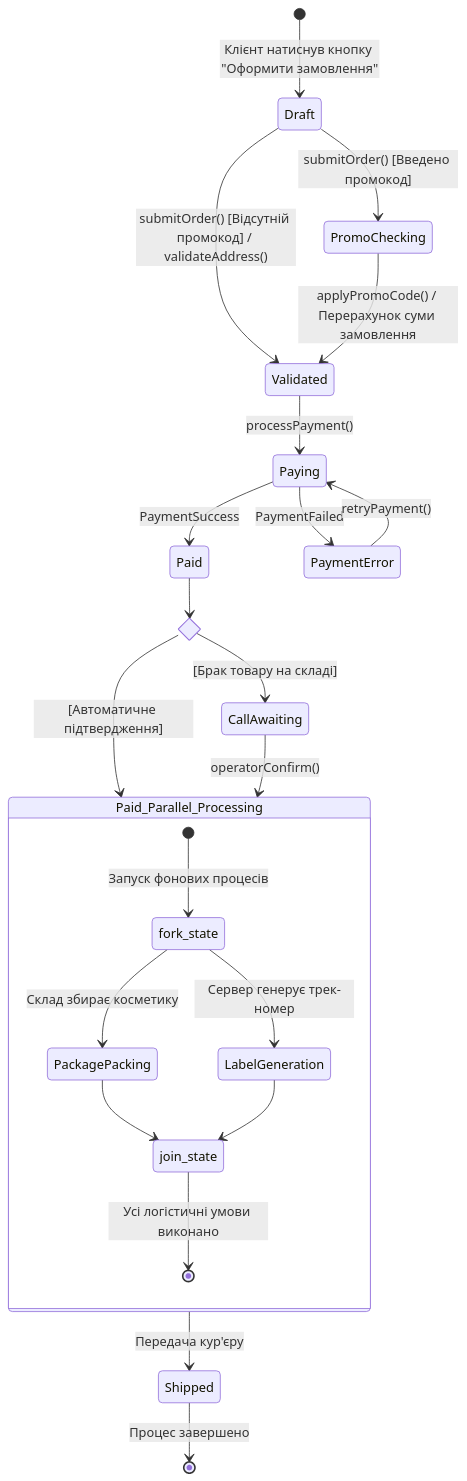
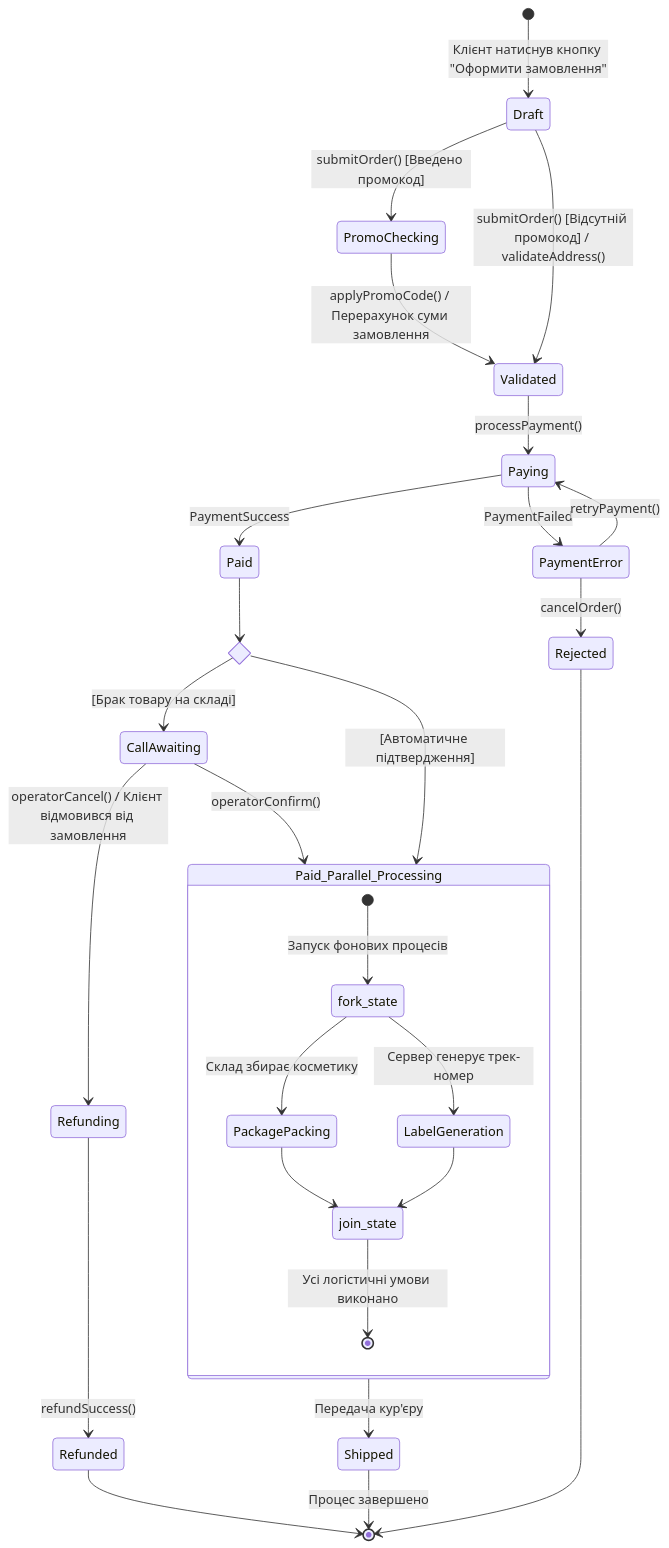
One commit to sofiisunn/KPI changed the diagram in machine.md. Above: the diagram before and after it, drawn with Mermaid.

Commit message:
Enhance state machine with payment error handling
Added states and transitions for payment errors and refunds.

````diff
--- a/machine.md
+++ b/machine.md
@@ -1,37 +1,44 @@
 ```mermaid
 stateDiagram-v2
     [*] --> Draft : Клієнт натиснув кнопку "Оформити замовлення"
 
     Draft --> PromoChecking : submitOrder() [Введено промокод]
     Draft --> Validated : submitOrder() [Відсутній промокод] / validateAddress()
     
     PromoChecking --> Validated : applyPromoCode() / Перерахунок суми замовлення
     Validated --> Paying : processPayment()
 
     Paying --> Paid : PaymentSuccess
     Paying --> PaymentError : PaymentFailed
+
     PaymentError --> Paying : retryPayment()
+    PaymentError --> Rejected : cancelOrder()
 
     state check_call_needed <<choice>>
     Paid --> check_call_needed
     
     check_call_needed --> CallAwaiting : [Брак товару на складі]
     check_call_needed --> Paid_Parallel_Processing : [Автоматичне підтвердження]
     
     CallAwaiting --> Paid_Parallel_Processing : operatorConfirm()
+    CallAwaiting --> Refunding : operatorCancel() / Клієнт відмовився від замовлення
+
+    Refunding --> Refunded : refundSuccess()
+    Refunded --> [*]
 
     state Paid_Parallel_Processing {
         [*] --> fork_state : Запуск фонових процесів
         
         fork_state --> PackagePacking : Склад збирає косметику
         fork_state --> LabelGeneration : Сервер генерує трек-номер
 
         PackagePacking --> join_state
         LabelGeneration --> join_state
         
         join_state --> [*] : Усі логістичні умови виконано
     }
 
     Paid_Parallel_Processing --> Shipped : Передача кур'єру
     Shipped --> [*] : Процес завершено
+    Rejected --> [*]
 ```
````
